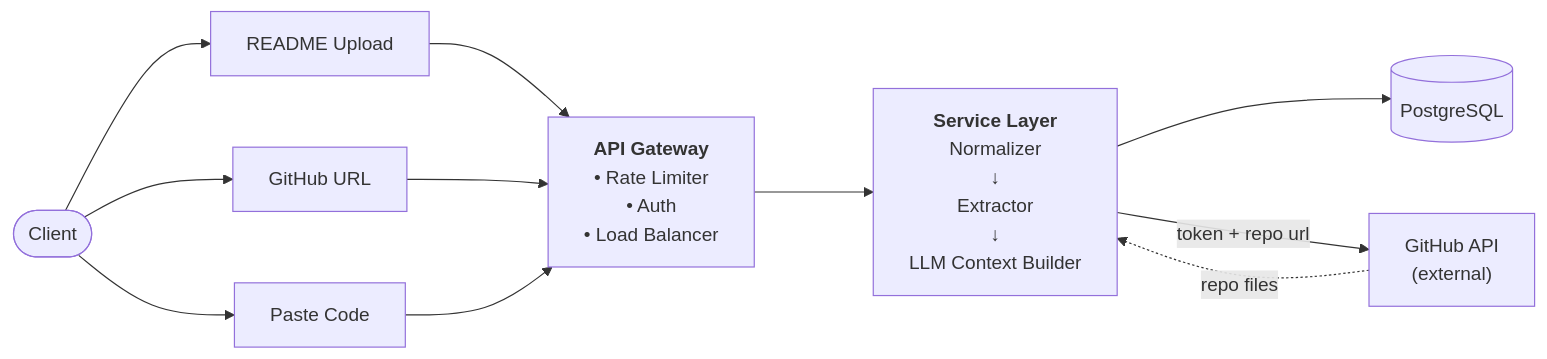
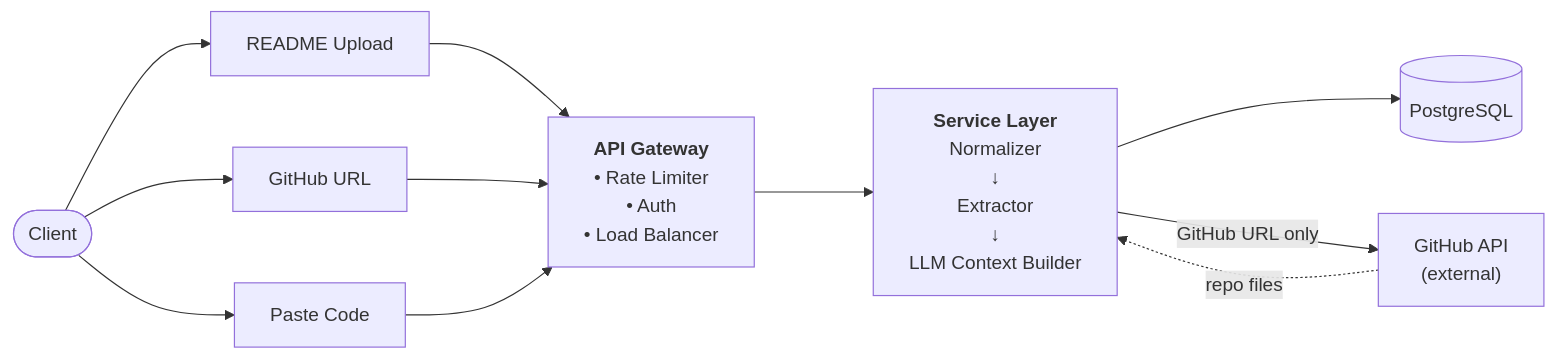
One commit to shivam-tamboli/GrillMyProject changed the first of 4 diagrams in SYSTEM_DESIGN.md. Above: the diagram before and after it, drawn with Mermaid. The commit also changed other lines of this file, not shown here.

Commit message:
final diagram fixes — github label, scoring clarity, question delivery, report wording, prep guide

````diff
--- a/SYSTEM_DESIGN.md
+++ b/SYSTEM_DESIGN.md
@@ -285,23 +285,23 @@
 ```mermaid
 %%{init: {'flowchart': {'nodeSpacing': 60, 'rankSpacing': 100}}}%%
 flowchart LR
     Client([Client])
     README[README Upload]
     GHURL[GitHub URL]
     PASTE[Paste Code]
     GW["<b>API Gateway</b><br/>• Rate Limiter<br/>• Auth<br/>• Load Balancer"]
     SVC["<b>Service Layer</b><br/>Normalizer<br/>↓<br/>Extractor<br/>↓<br/>LLM Context Builder"]
     GH["GitHub API<br/>(external)"]
     PG[(PostgreSQL)]
 
     Client --> README
     Client --> GHURL
     Client --> PASTE
     README --> GW
     GHURL --> GW
     PASTE --> GW
     GW --> SVC
     SVC --> PG
-    SVC -->|"token + repo url"| GH
+    SVC -->|"GitHub URL only"| GH
     GH -.->|"repo files"| SVC
 ```
````
